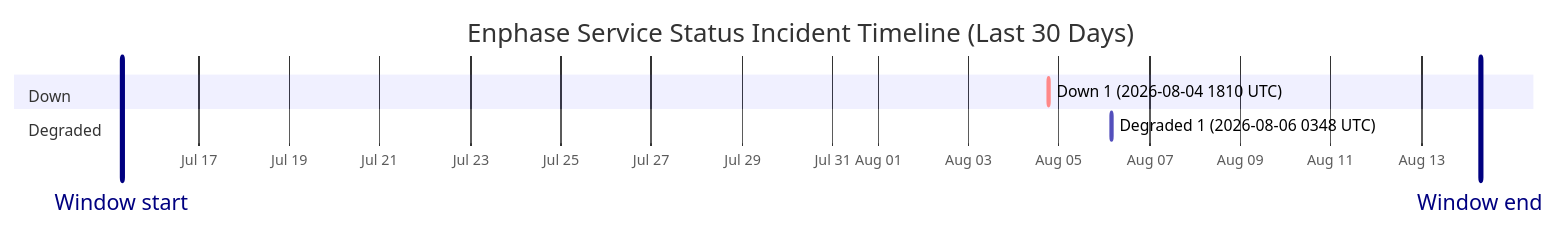
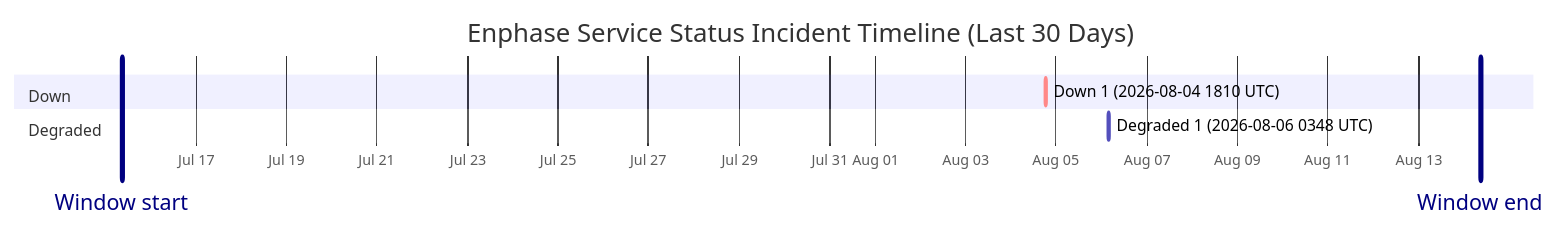
One commit to barneyonline/ha-enphase-energy changed the diagram in wiki/Service-Status-History.md. Above: the diagram before and after it, drawn with Mermaid. The commit also changed other lines of this file and 3 other files, not shown here.

````diff
--- a/wiki/Service-Status-History.md
+++ b/wiki/Service-Status-History.md
@@ -14,12 +14,12 @@
 ```mermaid
 gantt
     title Enphase Service Status Incident Timeline (Last 30 Days)
     dateFormat  YYYY-MM-DDTHH:mm:ss
     axisFormat  %b %d
-    Window start :vert, window-start, 2026-07-15T07:21:34, 0ms
-    Window end :vert, window-end, 2026-08-14T07:21:34, 0ms
+    Window start :vert, window-start, 2026-07-15T08:44:06, 0ms
+    Window end :vert, window-end, 2026-08-14T08:44:06, 0ms
     section Down
     Down 1 (2026-08-04 1810 UTC) :crit, down-1, 2026-08-04T18:10:46, 60m
     section Degraded
     Degraded 1 (2026-08-06 0348 UTC) :active, degraded-1, 2026-08-06T03:48:14, 60m
 ```
````
